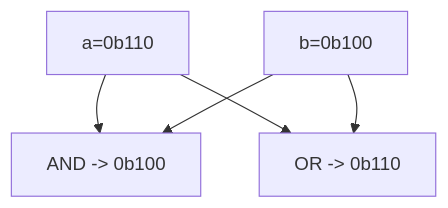
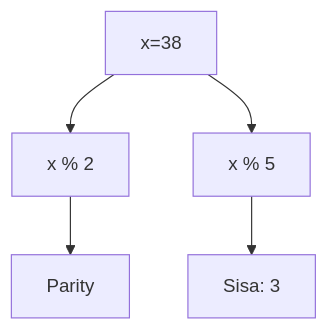
Before and after one commit to amnahwaida/OSNK_INF_PREP: diagram 12 of 25 in part-c-pemahaman-cpp/06-bitwise/latihan/set-04.md, drawn with Mermaid. The commit also changed other lines of this file and 71 other files, not shown here.

````diff
--- a/part-c-pemahaman-cpp/06-bitwise/latihan/set-04.md
+++ b/part-c-pemahaman-cpp/06-bitwise/latihan/set-04.md
@@ -306,7 +356,7 @@
 ```mermaid
 graph TD
-    A["a=0b110"] --> C["AND -> 0b100"]
-    B["b=0b100"] --> C
-    A --> D["OR  -> 0b110"]
-    B --> D
+A[x=38] --> B[x % 2]
+B --> C[Parity]
+A --> D[x % 5]
+D --> E[Sisa: 3]
 ```
````
